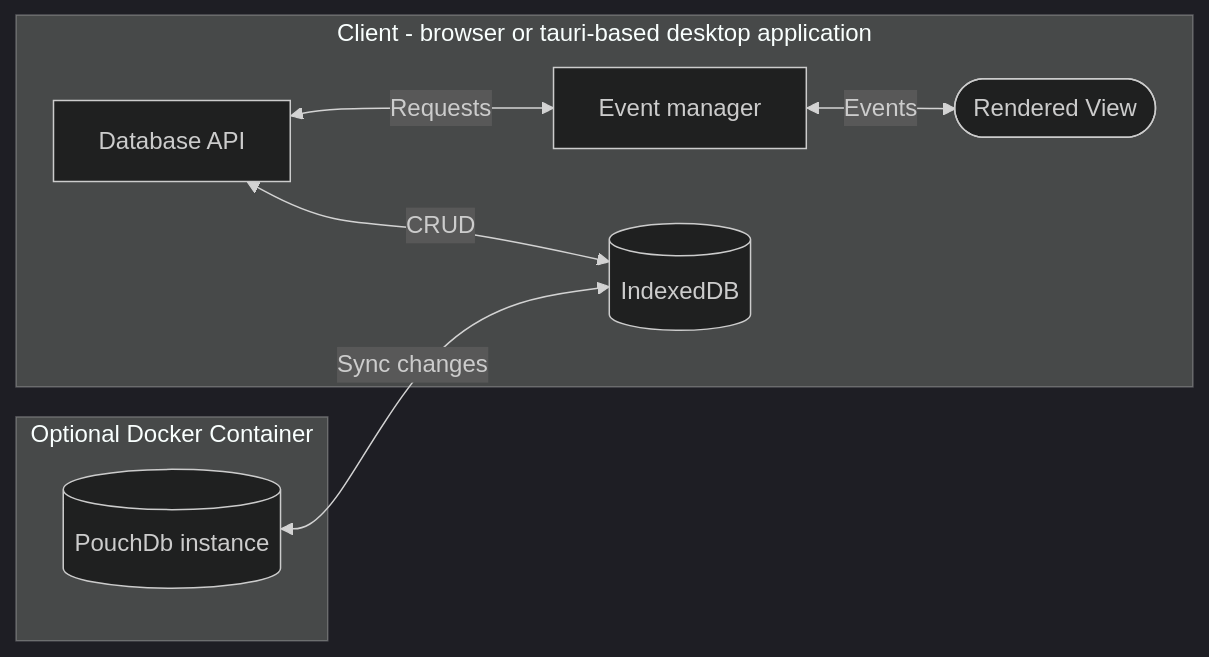
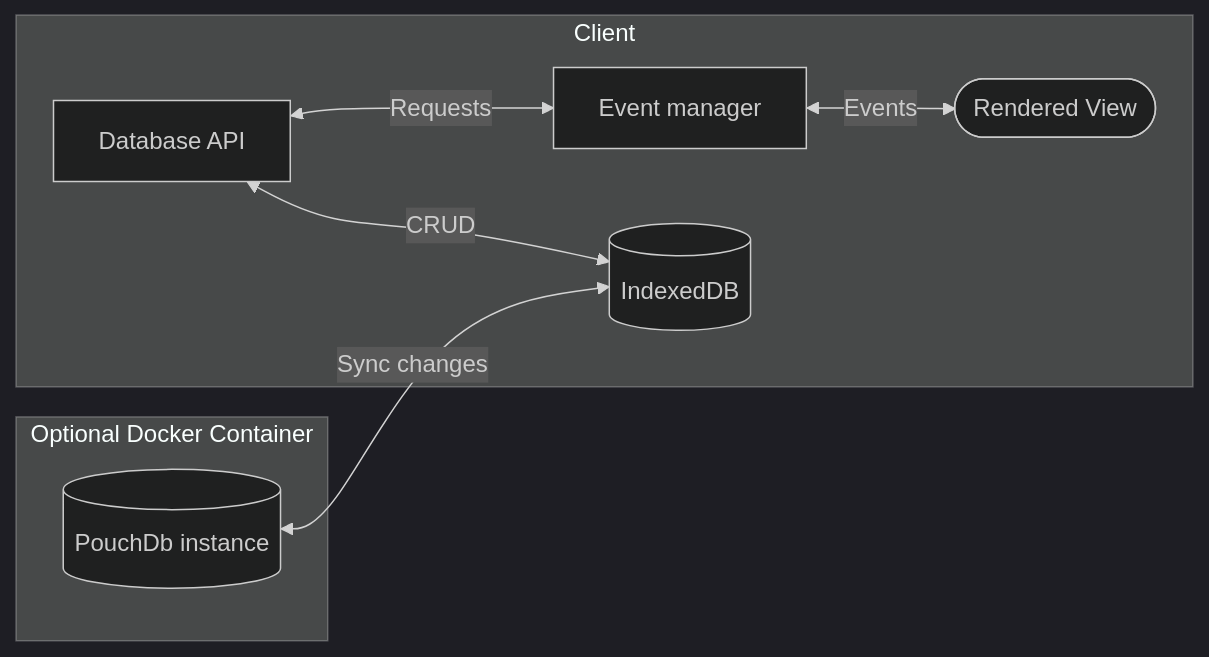
The diagram in README.md (ste163/notes), drawn with Mermaid (dark theme) before and after one commit. The commit also changed 1 other file, not shown here.

Commit message:
fixed command; updated readme

````diff
--- a/README.md
+++ b/README.md
@@ -36,14 +36,14 @@
 ```mermaid
 flowchart LR
     subgraph Optional Docker Container
       A[(PouchDb instance)]
     end
 
-    subgraph Client - browser or tauri-based desktop application
+    subgraph Client
       B[(IndexedDB)]
       D[Database API] <-- Requests --> C[Event manager]
       D <-- CRUD --> B
       C <-- Events --> E([Rendered View])
     end
   A <-- Sync changes --> B
 ```
````
